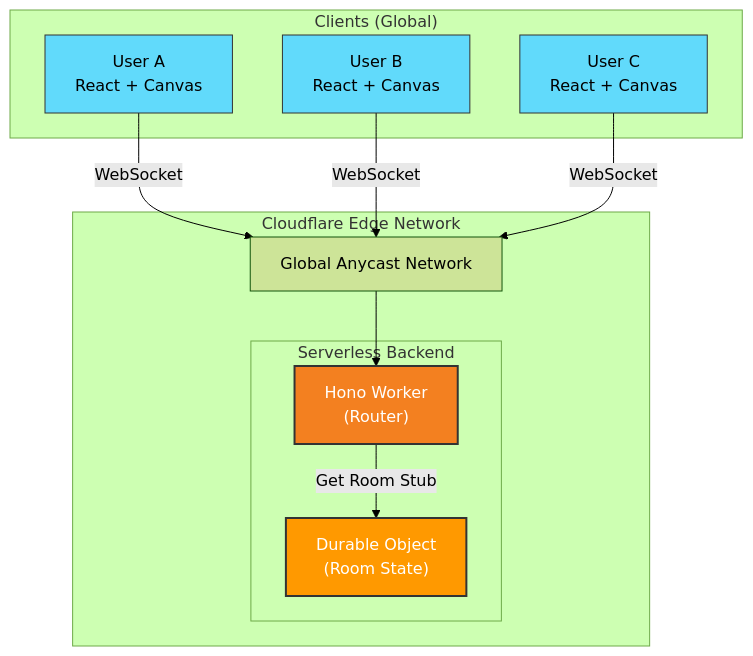
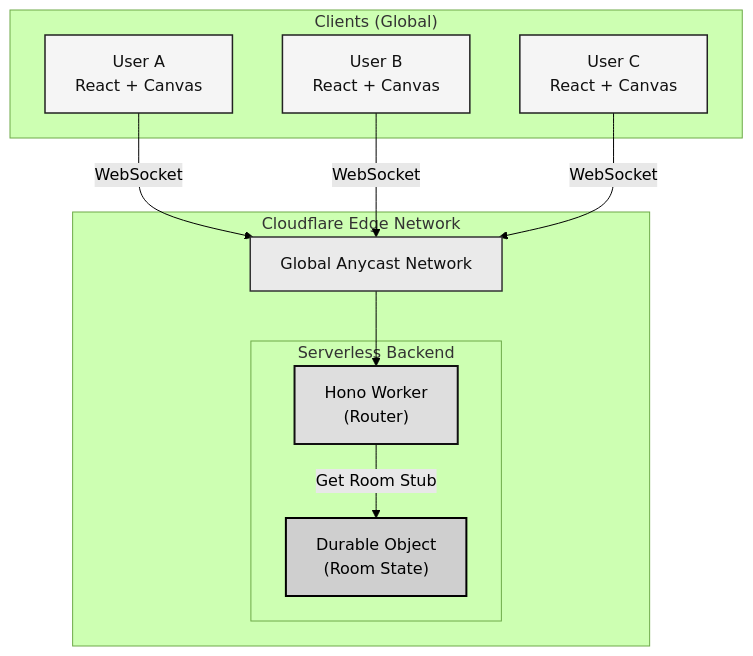
The diagram in README.md (Parikshith-S/Edge-Native-Whiteboard), drawn with Mermaid (forest theme) before and after one commit.

Commit message:
Readme Polish: Adjusted the graph to Neutral grayscale

````diff
--- a/README.md
+++ b/README.md
@@ -10,31 +10,33 @@
 ```mermaid
 graph TD
     subgraph Clients_Global["Clients (Global)"]
         A["User A <br/> React + Canvas"]
         B["User B <br/> React + Canvas"]
         C["User C <br/> React + Canvas"]
     end
 
     subgraph Cloudflare_Edge["Cloudflare Edge Network"]
         L["Global Anycast Network"]
 
         subgraph Serverless_Backend["Serverless Backend"]
             W["Hono Worker<br/>(Router)"]
             DO["Durable Object<br/>(Room State)"]
         end
     end
 
     A -- WebSocket --> L
     B -- WebSocket --> L
     C -- WebSocket --> L
 
     L --> W
     W -- Get Room Stub --> DO
 
-    style DO fill:#ff9900,stroke:#333,stroke-width:2px,color:#fff
-    style W fill:#f38020,stroke:#333,stroke-width:2px,color:#fff
-    style A fill:#61dafb,stroke:#333
-    style B fill:#61dafb,stroke:#333
-    style C fill:#61dafb,stroke:#333
+    %% Neutral, contrast-safe styling
+    style A fill:#f5f5f5,stroke:#222,stroke-width:1.5px,color:#111
+    style B fill:#f5f5f5,stroke:#222,stroke-width:1.5px,color:#111
+    style C fill:#f5f5f5,stroke:#222,stroke-width:1.5px,color:#111
+    style L fill:#eaeaea,stroke:#333,stroke-width:1.5px,color:#111
+    style W fill:#dedede,stroke:#111,stroke-width:2px,color:#000
+    style DO fill:#cfcfcf,stroke:#000,stroke-width:2px,color:#000
 
 ```
````
